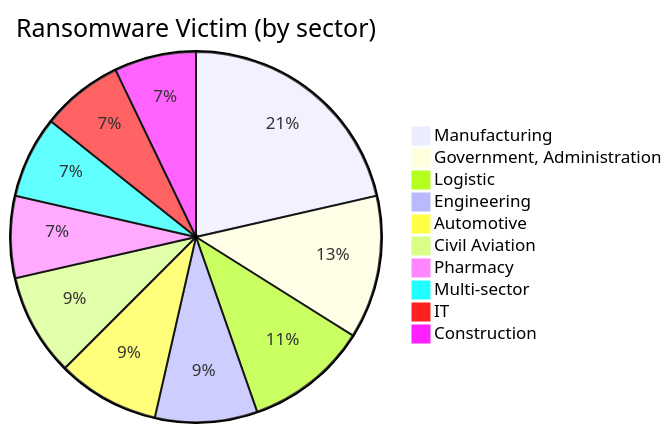
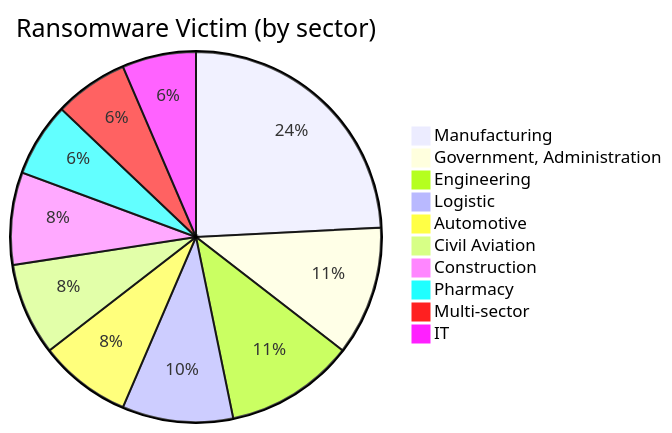
One commit to rectifyq/site changed the third of 3 diagrams in content/MY Threat Landscape/ransomware.md. Above: the diagram before and after it, drawn with Mermaid. The commit also changed other lines of this file and 208 other files, not shown here.

````diff
--- a/content/MY Threat Landscape/ransomware.md
+++ b/content/MY Threat Landscape/ransomware.md
@@ -141,13 +150,13 @@
 ```mermaid
 pie title Ransomware Victim (by sector)
-    "Manufacturing" : 12
+    "Manufacturing" : 15
     "Government, Administration" : 7
+    "Engineering" : 7
     "Logistic" : 6
-    "Engineering" : 5
     "Automotive" : 5
     "Civil Aviation" : 5
+    "Construction" : 5
     "Pharmacy" : 4
     "Multi-sector" : 4
     "IT" : 4
-    "Construction" : 4
 ```
````
